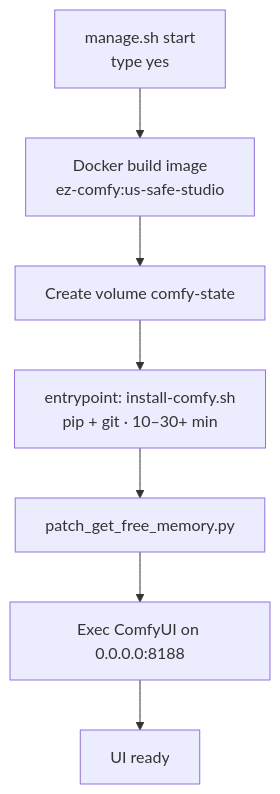
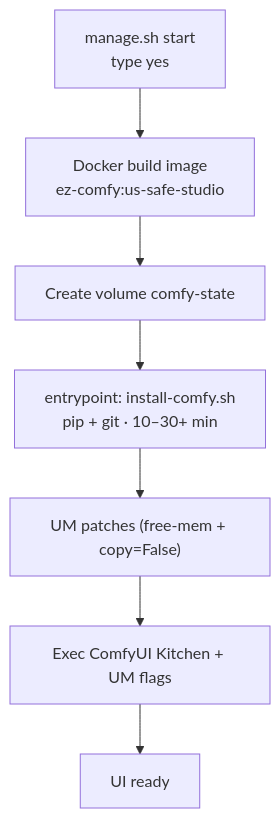
Before and after one commit to toxicoder/ez-comfy-stack: the third of 3 diagrams in docs/getting-started.md, drawn with Mermaid. The commit also changed other lines of this file and 25 other files, not shown here.

First line of the commit message:
fix: enable Comfy Kitchen attention and GB10 unified-memory flags

````diff
--- a/docs/getting-started.md
+++ b/docs/getting-started.md
@@ -447,9 +449,9 @@
     ```mermaid
     flowchart TB
       A["manage.sh start<br/>type yes"] --> B["Docker build image<br/>ez-comfy:us-safe-studio"]
       B --> C["Create volume comfy-state"]
       C --> D["entrypoint: install-comfy.sh<br/>pip + git · 10–30+ min"]
-      D --> E["patch_get_free_memory.py"]
-      E --> F["Exec ComfyUI on 0.0.0.0:8188"]
+      D --> E["UM patches (free-mem + copy=False)"]
+      E --> F["Exec ComfyUI Kitchen + UM flags"]
       F --> G["UI ready"]
     ```
````
